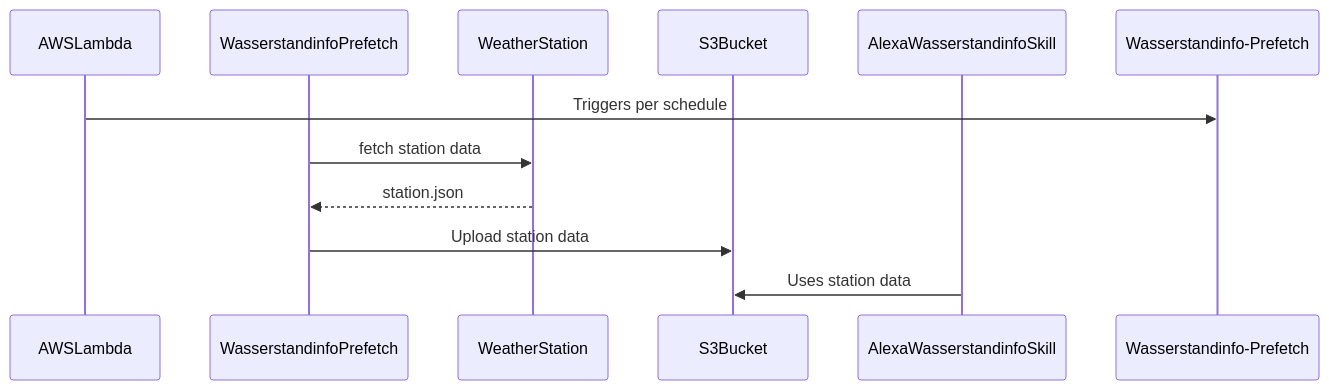
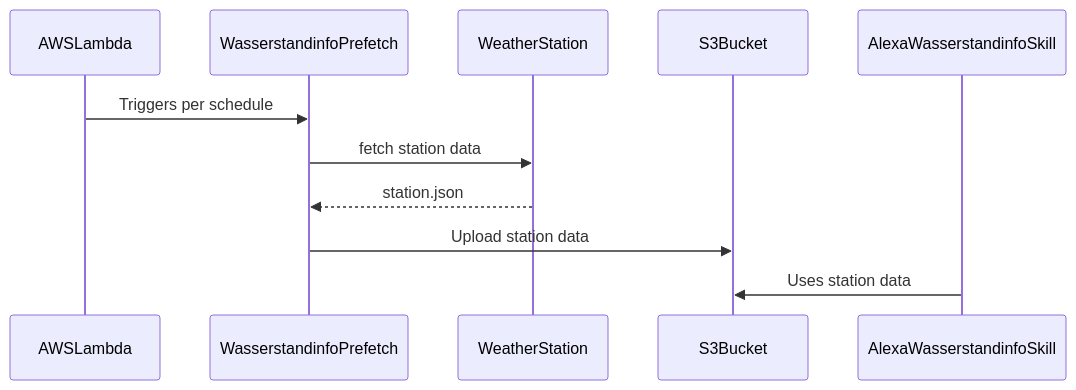
The second of 2 diagrams in README.md (koenighotze/wasserstandinfo-prefetch), drawn with Mermaid before and after one commit. The commit also changed other lines of this file, not shown here.

````diff
--- a/README.md
+++ b/README.md
@@ -24,14 +24,14 @@
 ```mermaid
   sequenceDiagram
     participant AWSLambda
     participant WasserstandinfoPrefetch
     participant WeatherStation
     participant S3Bucket
     participant AlexaWasserstandinfoSkill
 
-    AWSLambda->>Wasserstandinfo-Prefetch: Triggers per schedule
+    AWSLambda->>WasserstandinfoPrefetch: Triggers per schedule
     WasserstandinfoPrefetch->>WeatherStation: fetch station data
     WeatherStation-->>WasserstandinfoPrefetch: station.json
     WasserstandinfoPrefetch->>S3Bucket: Upload station data
     AlexaWasserstandinfoSkill->>S3Bucket: Uses station data
 ```
````
